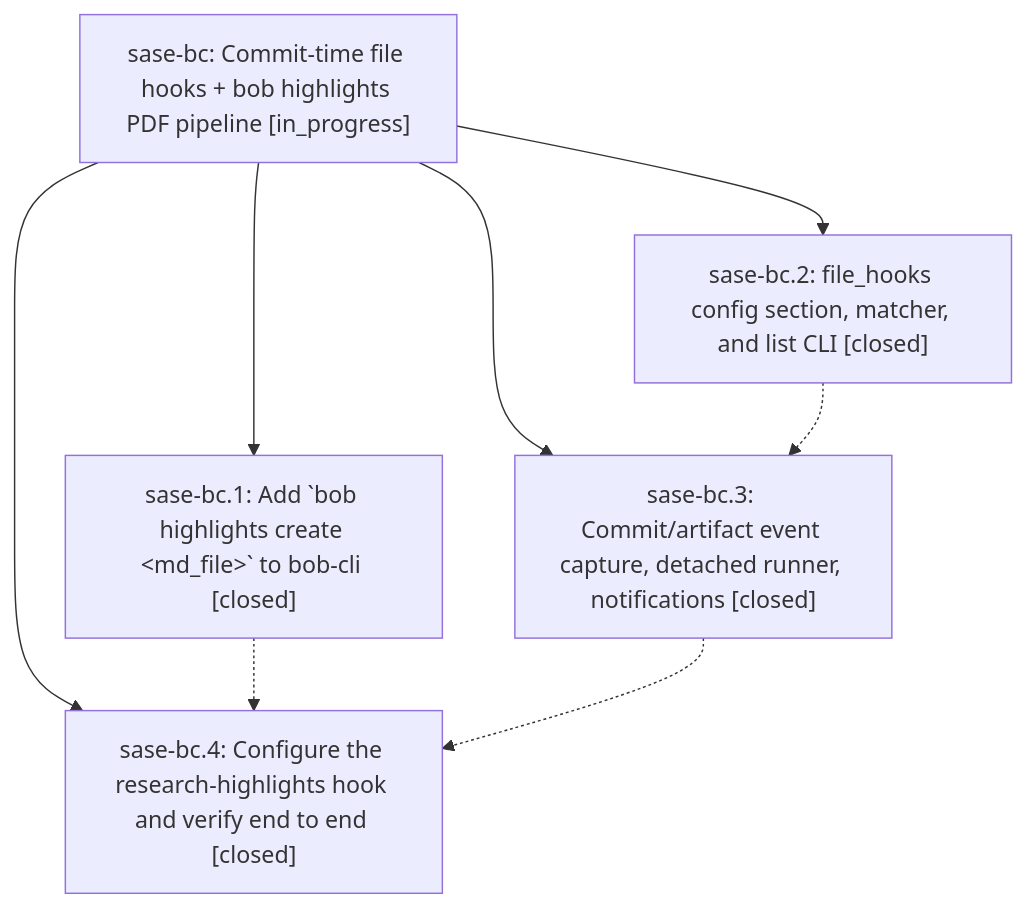
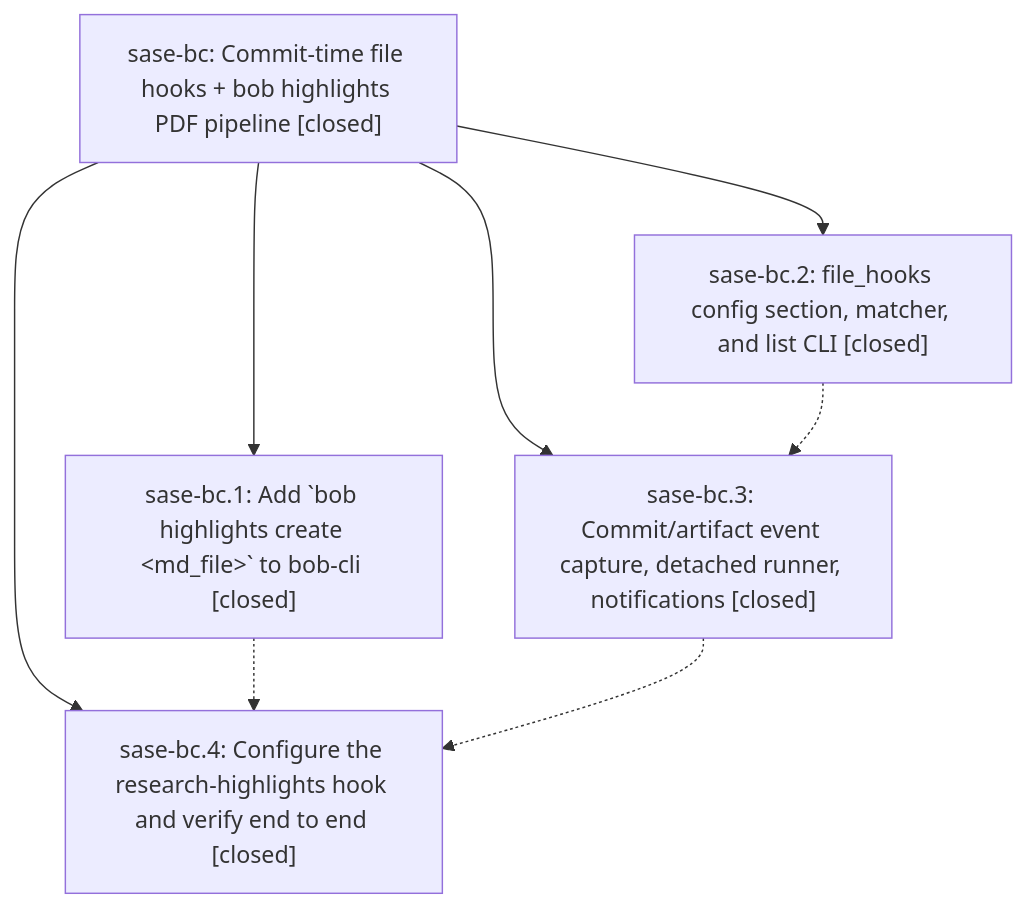
The diagram in pages/sase-bc/README.md (sase-org/sase--beads), drawn with Mermaid before and after one commit. The commit also changed other lines of this file and 1 other file, not shown here.

First line of the commit message:
chore(beads): sync bead state and pages for sase-bc

````diff
--- a/pages/sase-bc/README.md
+++ b/pages/sase-bc/README.md
@@ -25,15 +31,15 @@
 ```mermaid
 flowchart TD
-    n0["sase-bc: Commit-time file hooks + bob highlights PDF pipeline [in_progress]"]
+    n0["sase-bc: Commit-time file hooks + bob highlights PDF pipeline [closed]"]
     n1["sase-bc.1: Add `bob highlights create &lt;md_file&gt;` to bob-cli [closed]"]
     n2["sase-bc.2: file_hooks config section, matcher, and list CLI [closed]"]
     n3["sase-bc.3: Commit/artifact event capture, detached runner, notifications [closed]"]
     n4["sase-bc.4: Configure the research-highlights hook and verify end to end [closed]"]
     n0 --> n1
     n0 --> n2
     n0 --> n3
     n0 --> n4
     n1 -.-> n4
     n2 -.-> n3
     n3 -.-> n4
 ```
````
